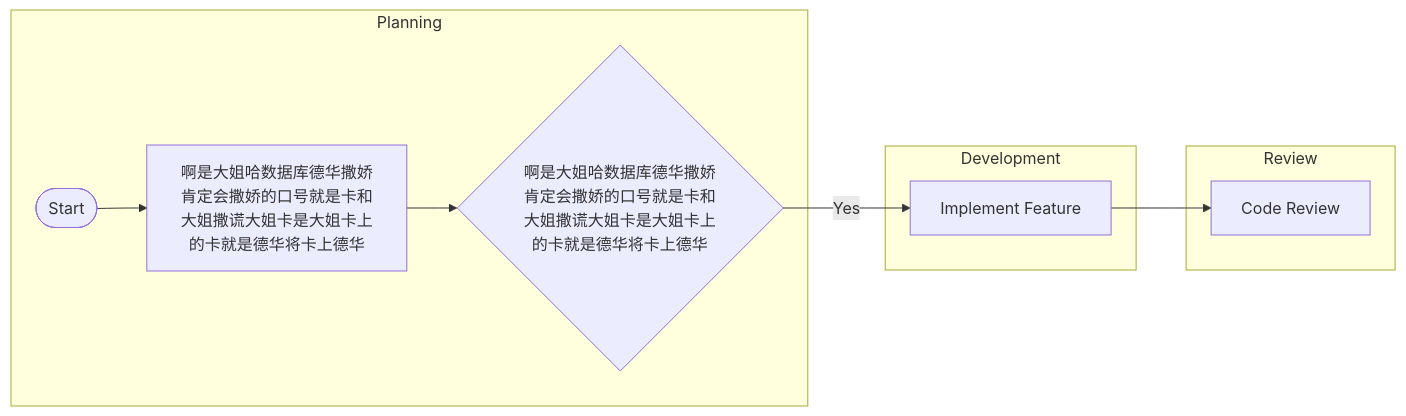
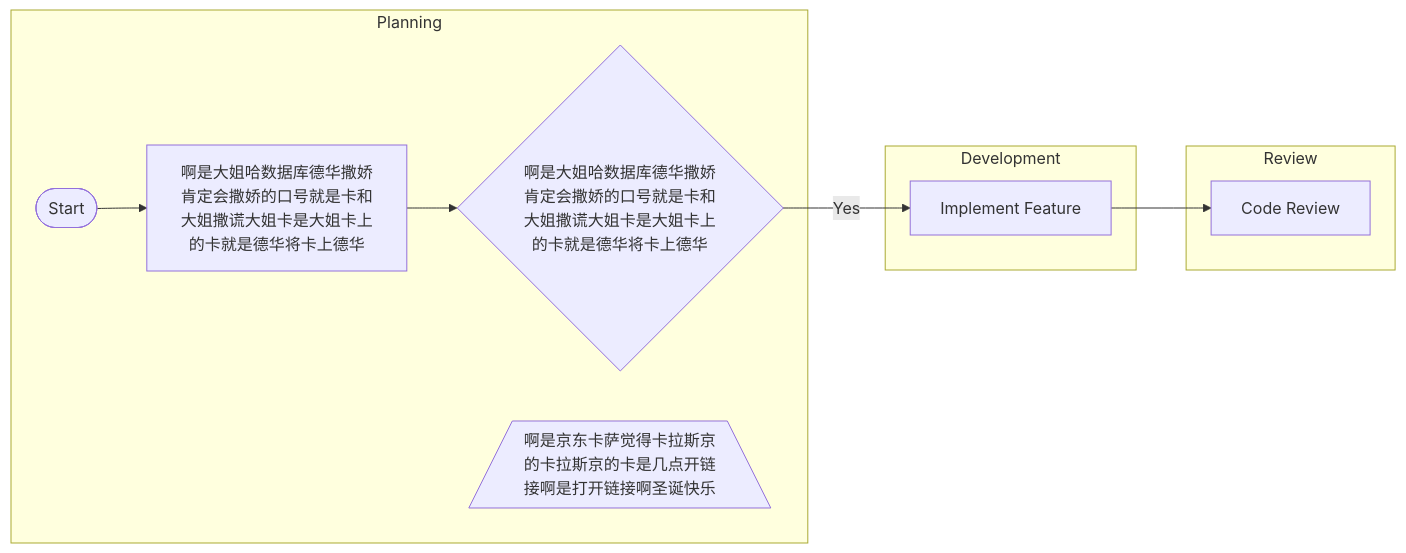
The diagram in mmd/123_3a5ff261-bb79-45a0-a1a1-c0e6a079f0a7.mmd (pingpm/mermaid_vault), drawn with Mermaid before and after one commit. The commit also changed 2 other files, not shown here.

Commit message:
Sync Mermaid Studio data (13 diagrams)

```diff
--- a/mmd/123_3a5ff261-bb79-45a0-a1a1-c0e6a079f0a7.mmd
+++ b/mmd/123_3a5ff261-bb79-45a0-a1a1-c0e6a079f0a7.mmd
@@ -1,16 +1,17 @@
 graph LR
   subgraph lane_lane_1["Planning"]
     t_task_2["啊是大姐哈数据库德华撒娇肯定会撒娇的口号就是卡和大姐撒谎大姐卡是大姐卡上的卡就是德华将卡上德华"]
     t_task_3{"啊是大姐哈数据库德华撒娇肯定会撒娇的口号就是卡和大姐撒谎大姐卡是大姐卡上的卡就是德华将卡上德华"}
     t_task_1(["Start"])
+    t_3b0a816f_fc01_4e1f_80a8_30666a077d6d[/"啊是京东卡萨觉得卡拉斯京的卡拉斯京的卡是几点开链接啊是打开链接啊圣诞快乐"\]
   end
   subgraph lane_lane_2["Development"]
     t_task_4["Implement Feature"]
   end
   subgraph lane_lane_3["Review"]
     t_task_5["Code Review"]
   end
   t_task_1 --> t_task_2
   t_task_2 --> t_task_3
   t_task_3 -->|"Yes"| t_task_4
   t_task_4 --> t_task_5
```
